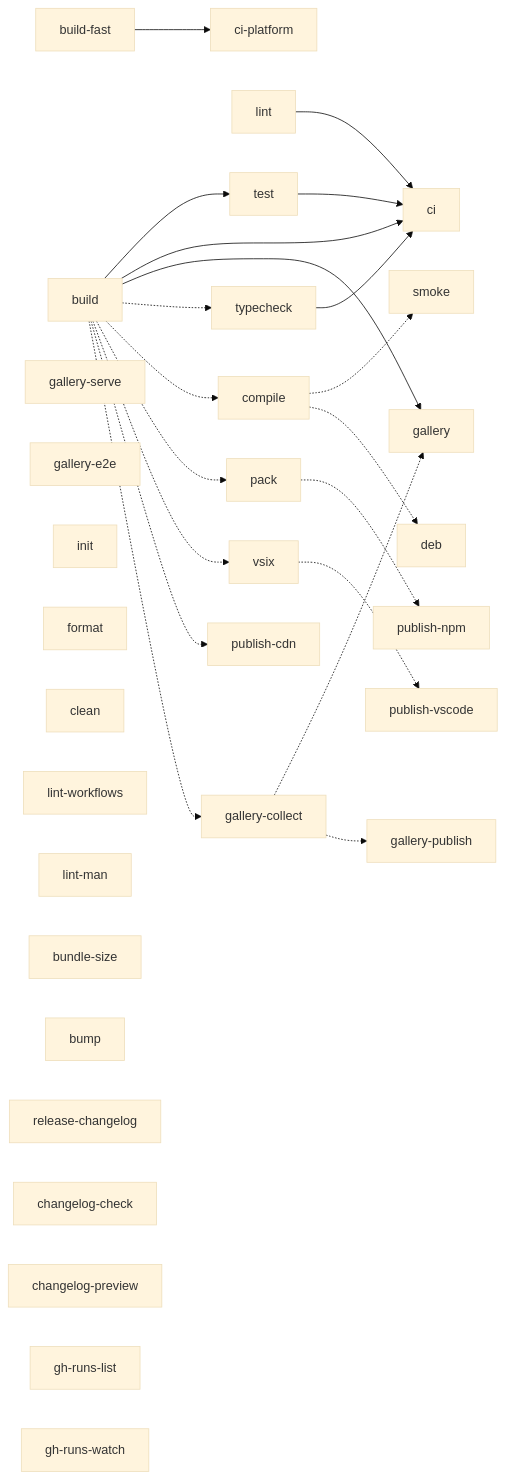
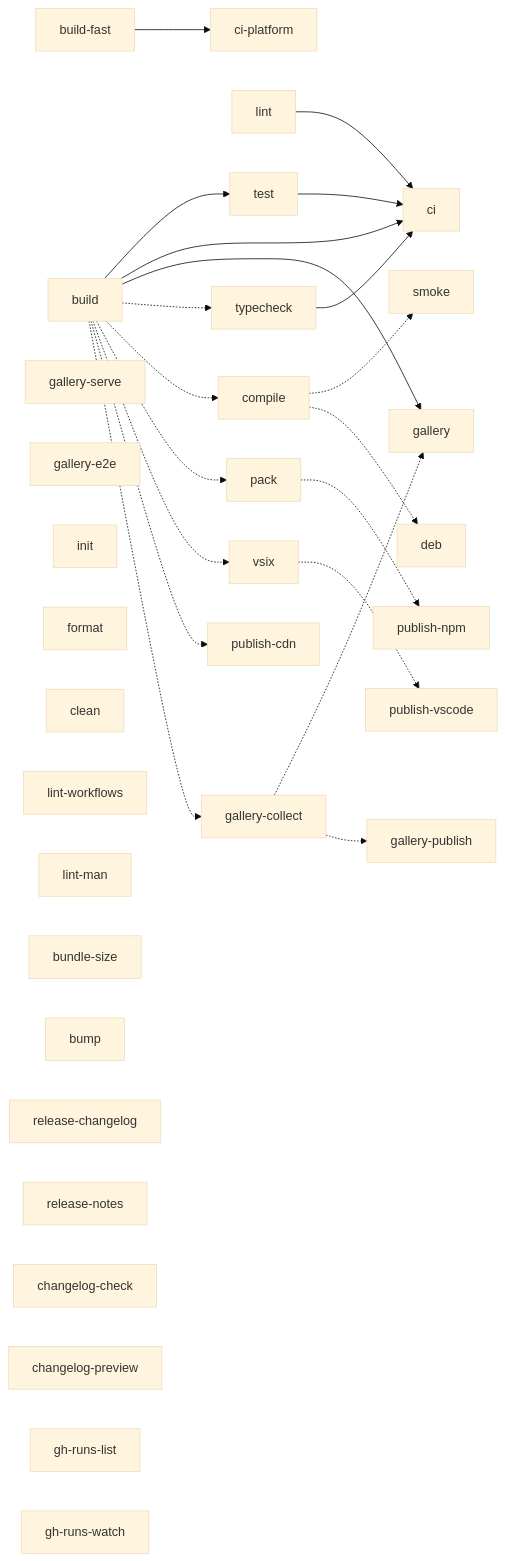
One commit to lolay/nowline changed the diagram in Makefile.md. Above: the diagram before and after it, drawn with Mermaid (base theme). The commit also changed other lines of this file and 4 other files, not shown here.

````diff
--- a/Makefile.md
+++ b/Makefile.md
@@ -12,44 +12,45 @@
 ```mermaid
 graph LR
     %% solid = hard prerequisite (make runs the left target first)
     build --> test
     lint --> ci
     build --> ci
     typecheck --> ci
     test --> ci
     build_fast["build-fast"] --> ci_platform["ci-platform"]
     build --> gallery
 
     %% dotted = consumes the left target's output but is not a hard make
     %% prerequisite: typecheck is ordered after build inside ci instead, and
     %% the release artifacts come from a separate CI job (see "Why publish-*
     %% don't hard-depend on build" below)
     build -.-> typecheck
     build -.-> compile
     compile -.-> smoke
     compile -.-> deb
     build -.-> pack
     build -.-> vsix
     pack -.-> publish_npm["publish-npm"]
     vsix -.-> publish_vscode["publish-vscode"]
     build -.-> publish_cdn["publish-cdn"]
     build -.-> gallery_collect["gallery-collect"]
     gallery_collect -.-> gallery
     gallery_collect -.-> gallery_publish["gallery-publish"]
 
     %% standalone
     gallery_serve["gallery-serve"]
     gallery_e2e["gallery-e2e"]
     init
     format
     clean
     lint_workflows["lint-workflows"]
     lint_man["lint-man"]
     bundle_size["bundle-size"]
     bump
     release_changelog["release-changelog"]
+    release_notes["release-notes"]
     changelog_check["changelog-check"]
     changelog_preview["changelog-preview"]
     gh_runs_list["gh-runs-list"]
     gh_runs_watch["gh-runs-watch"]
 ```
````
